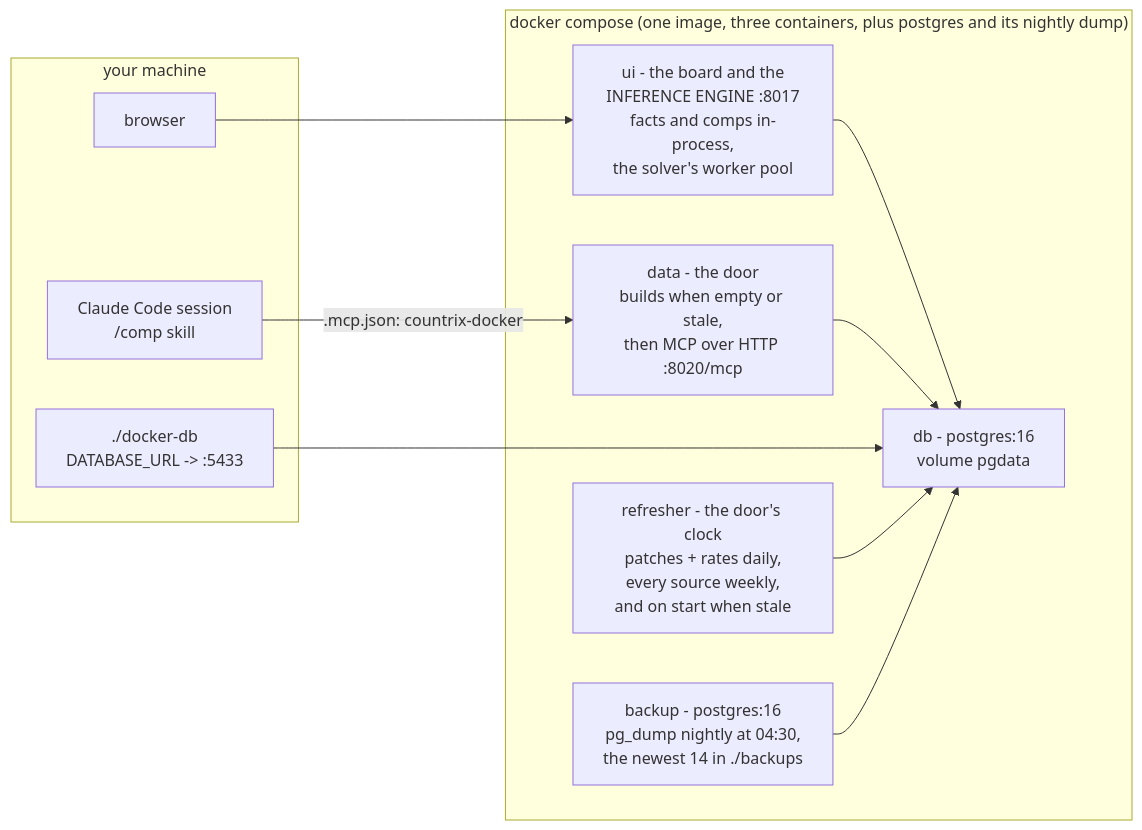
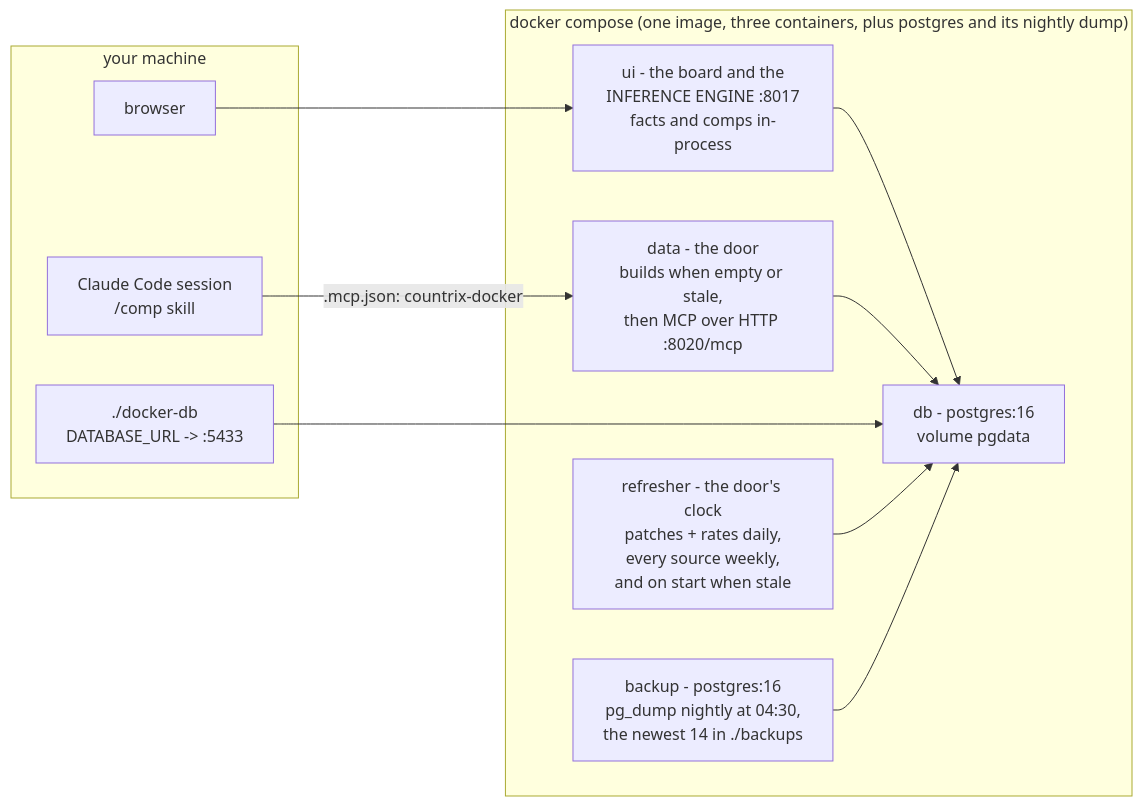
One commit to mmikol/countrix changed the second of 2 diagrams in docs/architecture.md. Above: the diagram before and after it, drawn with Mermaid. The commit also changed other lines of this file and 42 other files, not shown here.

````diff
--- a/docs/architecture.md
+++ b/docs/architecture.md
@@ -122,22 +122,22 @@
 ```mermaid
 flowchart LR
     subgraph HOST["your machine"]
         SESSION["Claude Code session<br/>/comp skill"]
         BROWSER["browser"]
         SHELL["./docker-db<br/>DATABASE_URL -> :5433"]
     end
     subgraph DOCKER["docker compose (one image, three containers, plus postgres and its nightly dump)"]
         DATA["data - the door<br/>builds when empty or stale,<br/>then MCP over HTTP :8020/mcp"]
-        UI["ui - the board and the<br/>INFERENCE ENGINE :8017<br/>facts and comps in-process,<br/>the solver's worker pool"]
+        UI["ui - the board and the<br/>INFERENCE ENGINE :8017<br/>facts and comps in-process"]
         DBC["db - postgres:16<br/>volume pgdata"]
         REF["refresher - the door's clock<br/>patches + rates daily,<br/>every source weekly,<br/>and on start when stale"]
         BAK["backup - postgres:16<br/>pg_dump nightly at 04:30,<br/>the newest 14 in ./backups"]
     end
     SESSION -->|".mcp.json: countrix-docker"| DATA
     BROWSER --> UI
     UI --> DBC
     DATA --> DBC
     SHELL --> DBC
     REF --> DBC
     BAK --> DBC
 ```
````
